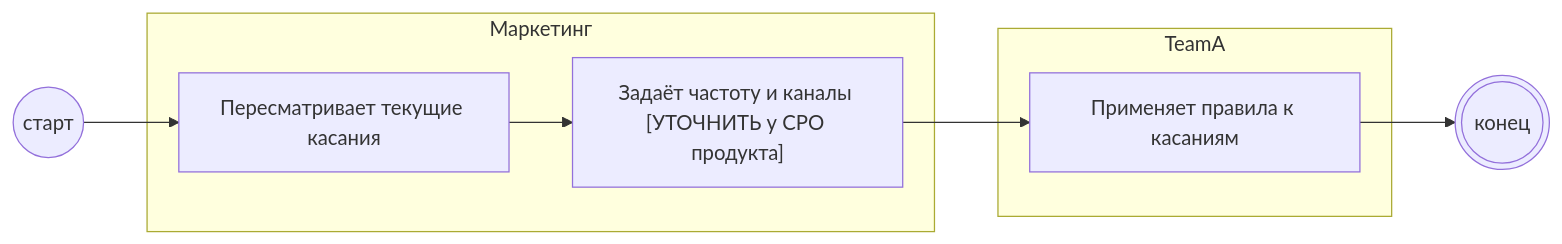
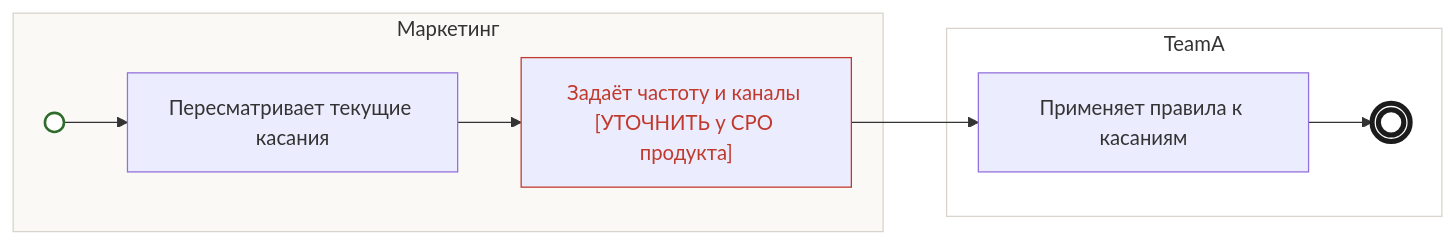
The diagram in skills/bft-blueprint/examples/dineclub-restart-blueprint/backlog/tasks/bp-3.1 - Правила-частоты-и-каналов-касаний.md (po-helper-org/poh-blueprint-writer), drawn with Mermaid before and after one commit. The commit also changed 79 other files, not shown here.

First line of the commit message:
Карточка «Как это работает»: компактная заметка, схема mermaid, «Уточнить», источники

````diff
--- a/skills/bft-blueprint/examples/dineclub-restart-blueprint/backlog/tasks/bp-3.1 - Правила-частоты-и-каналов-касаний.md
+++ b/skills/bft-blueprint/examples/dineclub-restart-blueprint/backlog/tasks/bp-3.1 - Правила-частоты-и-каналов-касаний.md
@@ -39,16 +39,25 @@
 ```mermaid
 flowchart LR
-  S(("старт"))
   subgraph L1["Маркетинг"]
+    S((" "))
     N1["Пересматривает текущие касания"]
     N2["Задаёт частоту и каналы [УТОЧНИТЬ у CPO продукта]"]
   end
   subgraph L2["TeamA"]
     N3["Применяет правила к касаниям"]
+    E(((" ")))
   end
-  E((("конец")))
   S --> N1
   N1 --> N2
   N2 --> N3
   N3 --> E
+  classDef start fill:#fff,stroke:#2f6b2a,stroke-width:2px
+  classDef stop fill:#fff,stroke:#1c1c1c,stroke-width:4px
+  classDef gw fill:#fff8e6,stroke:#b7791f
+  classDef ask color:#c0392b,stroke:#c0392b
+  class S start
+  class E stop
+  class N2 ask
+  style L1 fill:#faf9f6,stroke:#d8d4cb
+  style L2 fill:#ffffff,stroke:#d8d4cb
 ```
````
